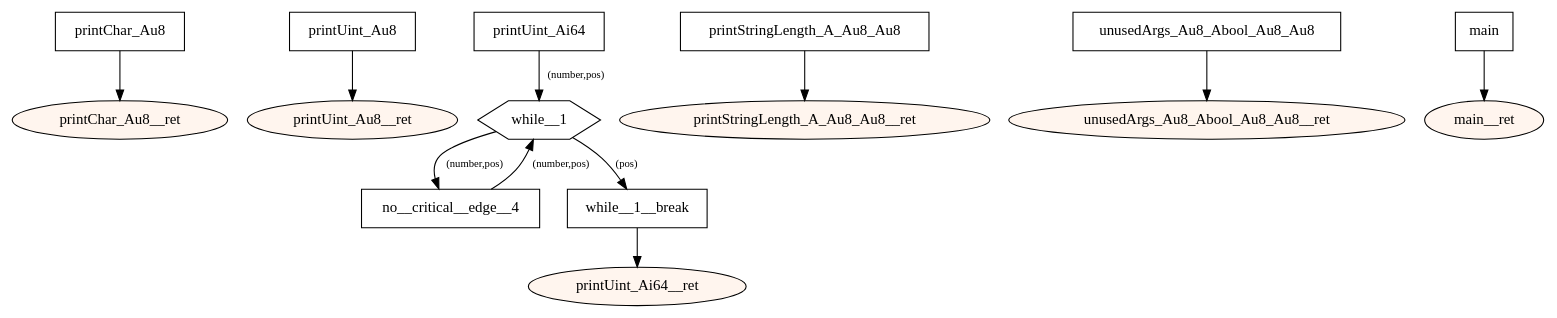
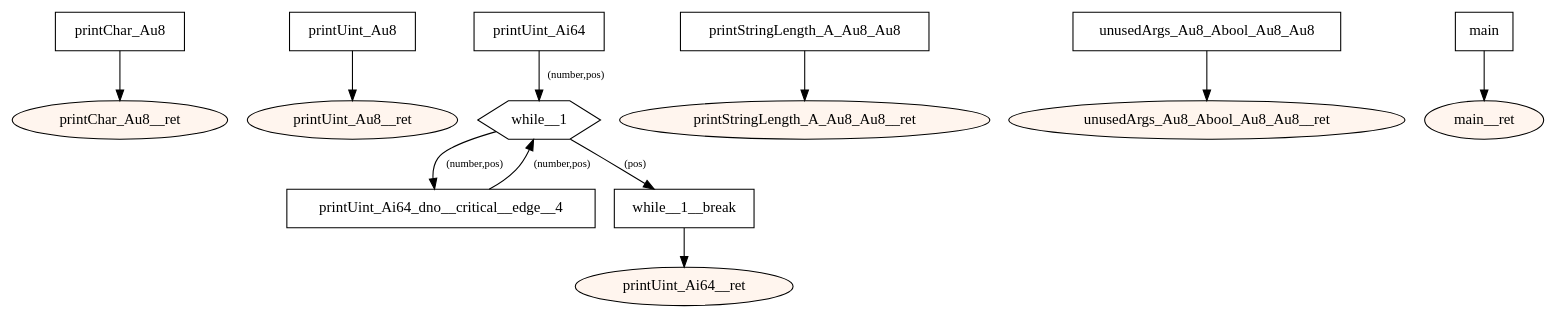
Before and after one commit to tmssngr/tinyC: the diagram in src/main/resources-test/compiler/windows/basics.dot, drawn with Graphviz. The commit also changed 41 other files, not shown here.

Commit message:
Cfg: create unique no-critical-edge block name

```diff
--- a/src/main/resources-test/compiler/windows/basics.dot
+++ b/src/main/resources-test/compiler/windows/basics.dot
@@ -1,40 +1,40 @@
 digraph program {
 	edge[fontsize="10pt"];
 	subgraph fn_printChar_Au8 {
 		BasicBlock_0_printChar_Au8 [label="printChar_Au8",shape=box];
 		BasicBlock_0_printChar_Au8 -> BasicBlock_0_printChar_Au8__ret;
 		BasicBlock_0_printChar_Au8__ret [label="printChar_Au8__ret",shape=oval,style=filled,fillcolor="#fff5ee"];
 	}
 	subgraph fn_printUint_Au8 {
 		BasicBlock_1_printUint_Au8 [label="printUint_Au8",shape=box];
 		BasicBlock_1_printUint_Au8 -> BasicBlock_1_printUint_Au8__ret;
 		BasicBlock_1_printUint_Au8__ret [label="printUint_Au8__ret",shape=oval,style=filled,fillcolor="#fff5ee"];
 	}
 	subgraph fn_printUint_Ai64 {
 		BasicBlock_2_printUint_Ai64 [label="printUint_Ai64",shape=box];
 		BasicBlock_2_printUint_Ai64 -> BasicBlock_2_while__1 [label="(number,pos)"];
-		BasicBlock_2_no__critical__edge__4 [label="no__critical__edge__4",shape=box];
-		BasicBlock_2_no__critical__edge__4 -> BasicBlock_2_while__1 [label="(number,pos)"];
+		BasicBlock_2_printUint_Ai64_dno__critical__edge__4 [label="printUint_Ai64_dno__critical__edge__4",shape=box];
+		BasicBlock_2_printUint_Ai64_dno__critical__edge__4 -> BasicBlock_2_while__1 [label="(number,pos)"];
 		BasicBlock_2_while__1 [label="while__1",shape=hexagon];
-		BasicBlock_2_while__1 -> BasicBlock_2_no__critical__edge__4 [label="(number,pos)"];
+		BasicBlock_2_while__1 -> BasicBlock_2_printUint_Ai64_dno__critical__edge__4 [label="(number,pos)"];
 		BasicBlock_2_while__1 -> BasicBlock_2_while__1__break [label="(pos)"];
 		BasicBlock_2_while__1__break [label="while__1__break",shape=box];
 		BasicBlock_2_while__1__break -> BasicBlock_2_printUint_Ai64__ret;
 		BasicBlock_2_printUint_Ai64__ret [label="printUint_Ai64__ret",shape=oval,style=filled,fillcolor="#fff5ee"];
 	}
 	subgraph fn_printStringLength_A_Au8_Au8 {
 		BasicBlock_3_printStringLength_A_Au8_Au8 [label="printStringLength_A_Au8_Au8",shape=box];
 		BasicBlock_3_printStringLength_A_Au8_Au8 -> BasicBlock_3_printStringLength_A_Au8_Au8__ret;
 		BasicBlock_3_printStringLength_A_Au8_Au8__ret [label="printStringLength_A_Au8_Au8__ret",shape=oval,style=filled,fillcolor="#fff5ee"];
 	}
 	subgraph fn_unusedArgs_Au8_Abool_Au8_Au8 {
 		BasicBlock_4_unusedArgs_Au8_Abool_Au8_Au8 [label="unusedArgs_Au8_Abool_Au8_Au8",shape=box];
 		BasicBlock_4_unusedArgs_Au8_Abool_Au8_Au8 -> BasicBlock_4_unusedArgs_Au8_Abool_Au8_Au8__ret;
 		BasicBlock_4_unusedArgs_Au8_Abool_Au8_Au8__ret [label="unusedArgs_Au8_Abool_Au8_Au8__ret",shape=oval,style=filled,fillcolor="#fff5ee"];
 	}
 	subgraph fn_main {
 		BasicBlock_5_main [label="main",shape=box];
 		BasicBlock_5_main -> BasicBlock_5_main__ret;
 		BasicBlock_5_main__ret [label="main__ret",shape=oval,style=filled,fillcolor="#fff5ee"];
 	}
 }
```
